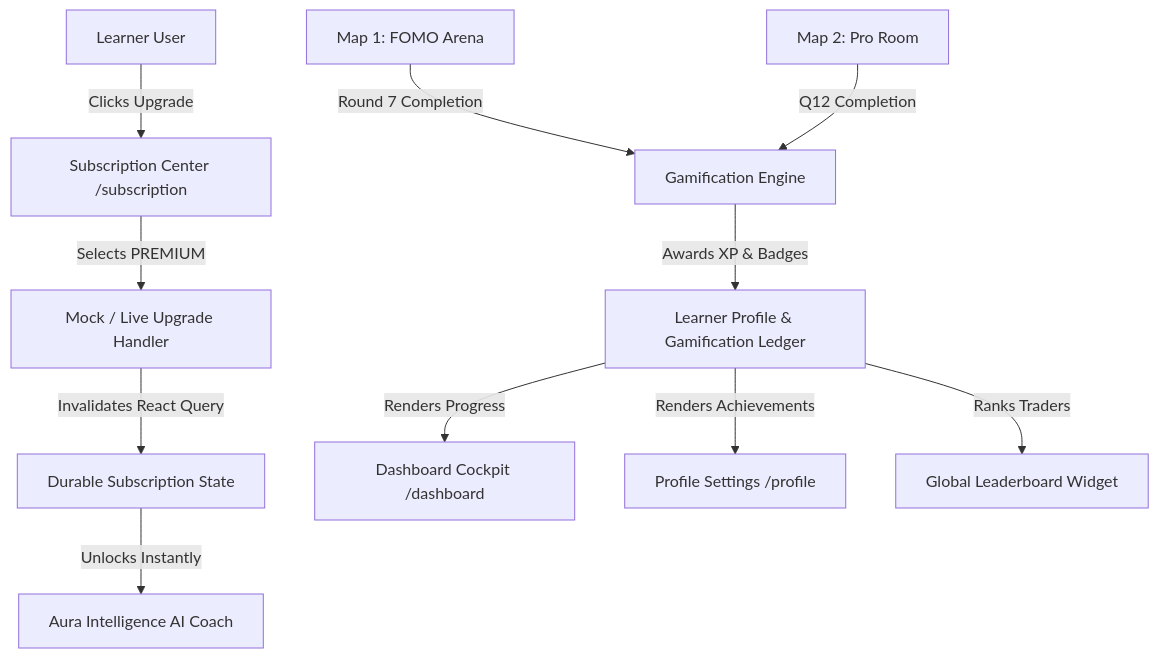
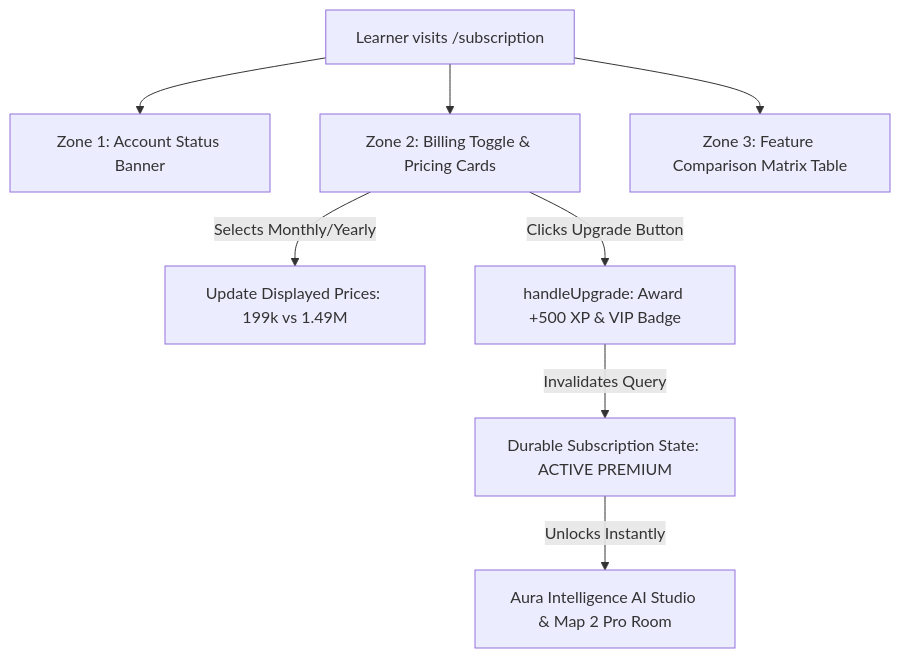
Before and after one commit to Rekk-tech/Ura-capital: the diagram in specs/085-commercial-subscription-membership/plan.md, drawn with Mermaid. The commit also changed other lines of this file and 19 other files, not shown here.

Commit message:
feat(subscription): implement commercial pricing catalog, feature comparison matrix, gamification scoring, and Map 2 quota enforcement

````diff
--- a/specs/085-commercial-subscription-membership/plan.md
+++ b/specs/085-commercial-subscription-membership/plan.md
@@ -12,14 +25,11 @@
 ```mermaid
 graph TD
-    A[Learner User] -->|Clicks Upgrade| B[Subscription Center /subscription]
-    B -->|Selects PREMIUM| C[Mock / Live Upgrade Handler]
-    C -->|Invalidates React Query| D[Durable Subscription State]
-    D -->|Unlocks Instantly| E[Aura Intelligence AI Coach]
+    A[Learner visits /subscription] --> B[Zone 1: Account Status Banner]
+    A --> C[Zone 2: Billing Toggle & Pricing Cards]
+    A --> D[Zone 3: Feature Comparison Matrix Table]
     
-    F[Map 1: FOMO Arena] -->|Round 7 Completion| G[Gamification Engine]
-    H[Map 2: Pro Room] -->|Q12 Completion| G
-    G -->|Awards XP & Badges| I[Learner Profile & Gamification Ledger]
-    I -->|Renders Progress| J[Dashboard Cockpit /dashboard]
-    I -->|Renders Achievements| K[Profile Settings /profile]
-    I -->|Ranks Traders| L[Global Leaderboard Widget]
+    C -->|Selects Monthly/Yearly| E[Update Displayed Prices: 199k vs 1.49M]
+    C -->|Clicks Upgrade Button| F[handleUpgrade: Award +500 XP & VIP Badge]
+    F -->|Invalidates Query| G[Durable Subscription State: ACTIVE PREMIUM]
+    G -->|Unlocks Instantly| H[Aura Intelligence AI Studio & Map 2 Pro Room]
 ```
````
